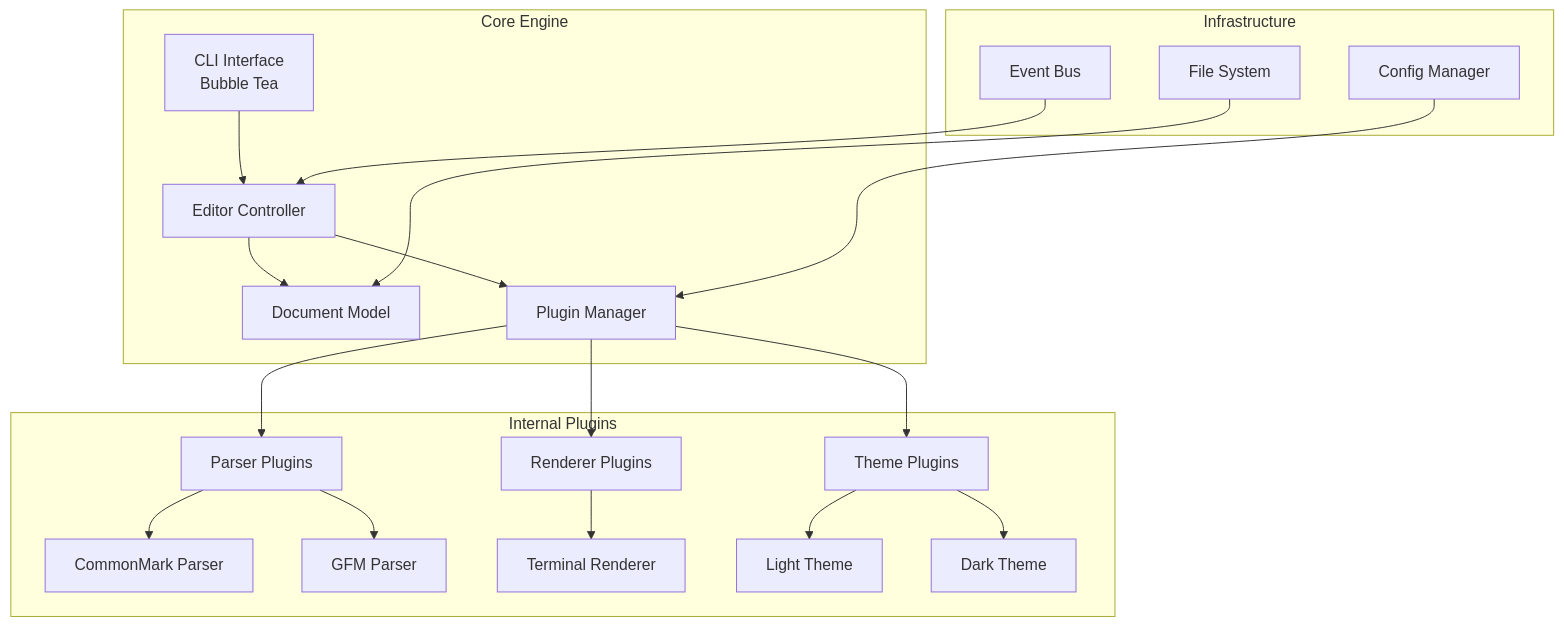
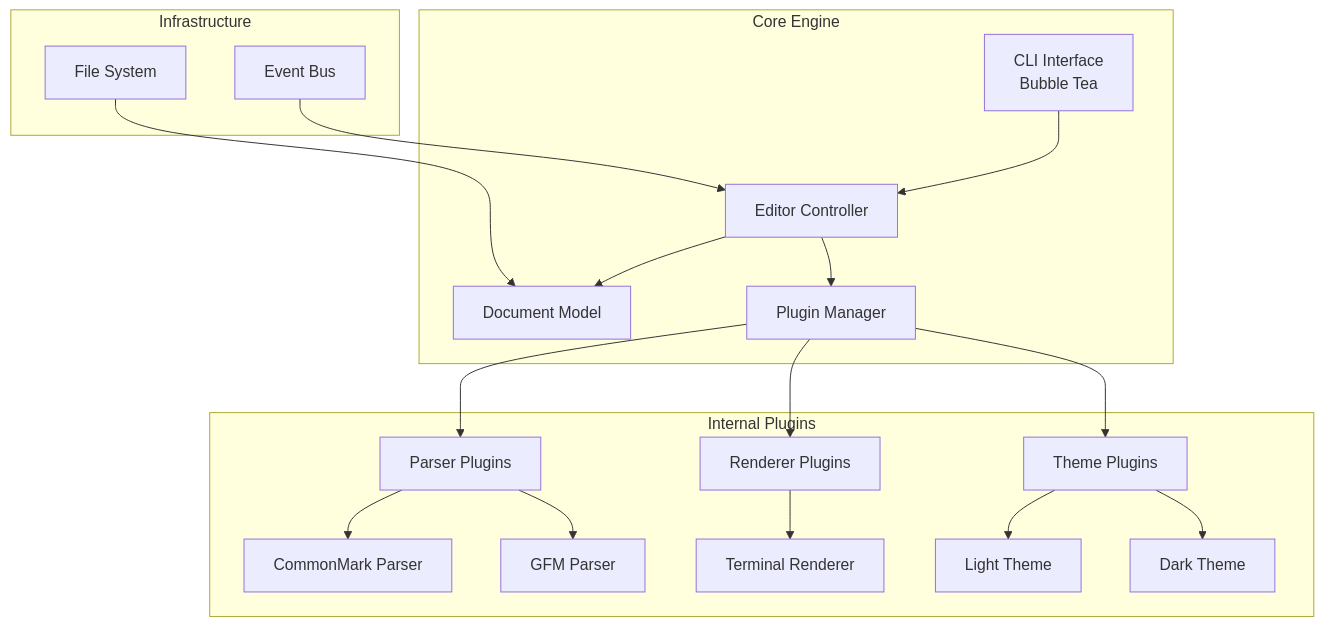
The first of 2 diagrams in SPEC.md (ofriw/mde), drawn with Mermaid before and after one commit. The commit also changed other lines of this file and 12 other files, not shown here.

Commit message:
Remove config system and simplify plugin initialization

````diff
--- a/SPEC.md
+++ b/SPEC.md
@@ -8,28 +8,27 @@
 ```mermaid
 graph TB
     subgraph "Core Engine"
         A[CLI Interface<br/>Bubble Tea] --> B[Editor Controller]
         B --> C[Document Model]
         B --> D[Plugin Manager]
     end
     
     subgraph "Internal Plugins"
         D --> E[Parser Plugins]
         D --> F[Renderer Plugins]
         D --> G[Theme Plugins]
         
         E --> E1[CommonMark Parser]
         E --> E2[GFM Parser]
         
         F --> F1[Terminal Renderer]
         
         G --> G1[Light Theme]
         G --> G2[Dark Theme]
     end
     
     subgraph "Infrastructure"
         H[Event Bus] --> B
-        I[Config Manager] --> D
-        J[File System] --> C
+        I[File System] --> C
     end
 ```
````
